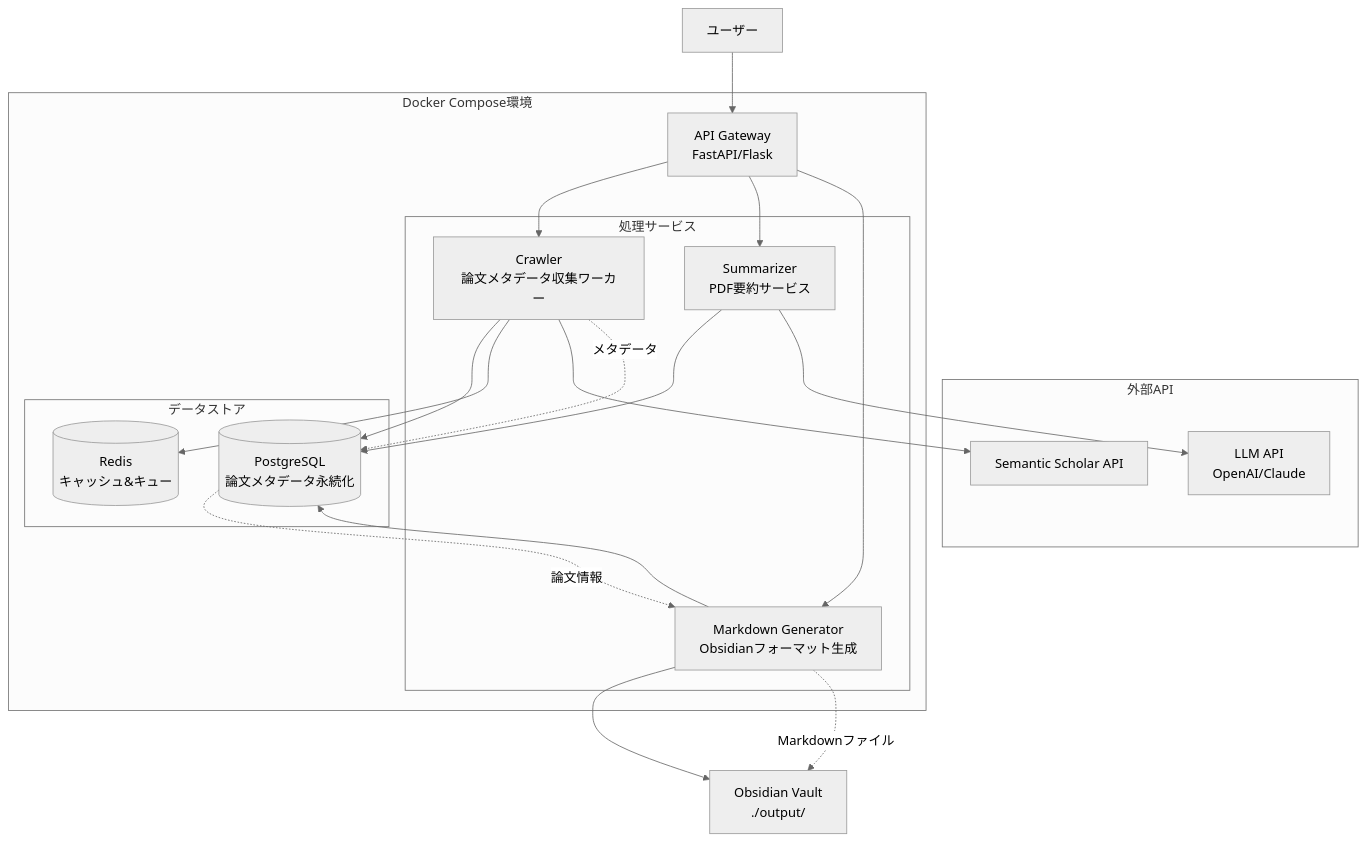
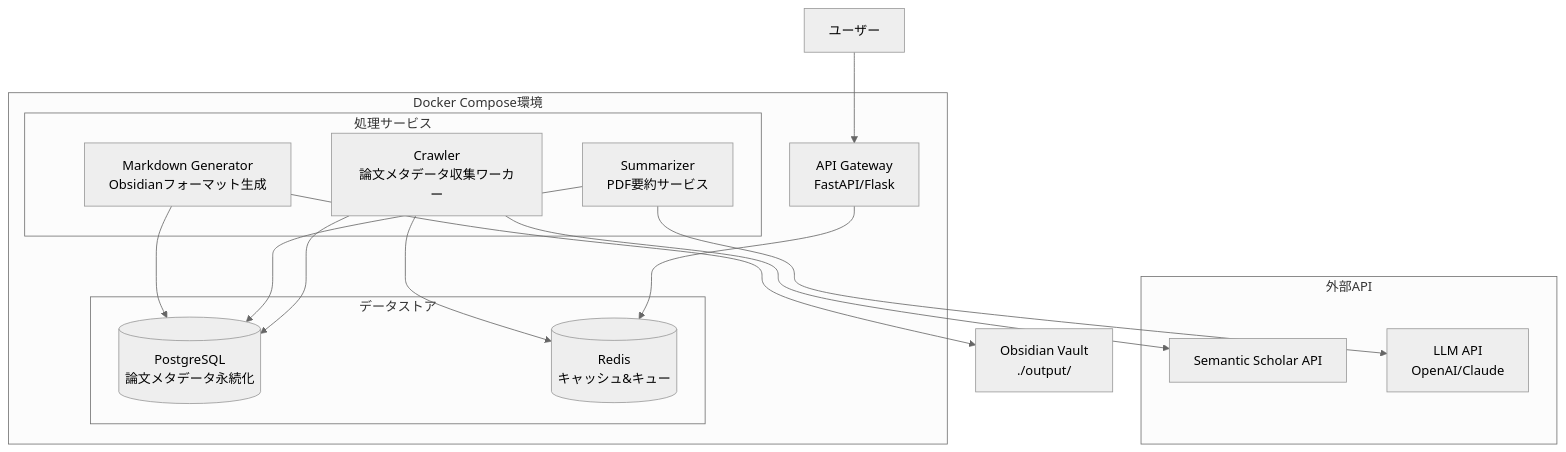
The first of 5 diagrams in docs/design/architecture.md (tsuji-tomonori/ref-net), drawn with Mermaid (neutral theme) before and after one commit.

Commit message:
refactor(design): Docker Composeコンテナ構成図の不要な線を削除
- API Gateway → 処理サービスの直接接続線を削除（キュー経由に変更）
- 重複していたデータフロー破線を削除
- 図をよりシンプルで見やすく改善

🤖 Generated with [Claude Code](https://claude.ai/code)

````diff
--- a/docs/design/architecture.md
+++ b/docs/design/architecture.md
@@ -7,59 +7,52 @@
 ```mermaid
 graph TB
     %% ユーザー
     User[ユーザー]
 
     %% 外部API
     subgraph "外部API"
         SemanticAPI[Semantic Scholar API]
         LLMAPI[LLM API<br/>OpenAI/Claude]
     end
 
     %% Docker Compose環境
     subgraph "Docker Compose環境"
         %% API Gateway
         API[API Gateway<br/>FastAPI/Flask]
 
         %% 処理サービス
         subgraph "処理サービス"
             Crawler[Crawler<br/>論文メタデータ収集ワーカー]
             Summarizer[Summarizer<br/>PDF要約サービス]
             Generator[Markdown Generator<br/>Obsidianフォーマット生成]
         end
 
         %% データストア
         subgraph "データストア"
             PostgreSQL[(PostgreSQL<br/>論文メタデータ永続化)]
             Redis[(Redis<br/>キャッシュ&キュー)]
         end
     end
 
     %% 出力
     Obsidian[Obsidian Vault<br/>./output/]
 
     %% 接続関係
     User --> API
 
-    %% API Gateway → 処理サービス
-    API --> Crawler
-    API --> Summarizer
-    API --> Generator
+    %% API Gateway → キュー経由での処理
+    API --> Redis
 
     %% 処理サービス → データストア
     Crawler --> PostgreSQL
     Crawler --> Redis
     Summarizer --> PostgreSQL
     Generator --> PostgreSQL
 
     %% 外部API接続
     Crawler --> SemanticAPI
     Summarizer --> LLMAPI
 
     %% 出力
     Generator --> Obsidian
-
-    %% データフロー（破線）
-    Crawler -.->|メタデータ| PostgreSQL
-    PostgreSQL -.->|論文情報| Generator
-    Generator -.->|Markdownファイル| Obsidian
 ```
````
